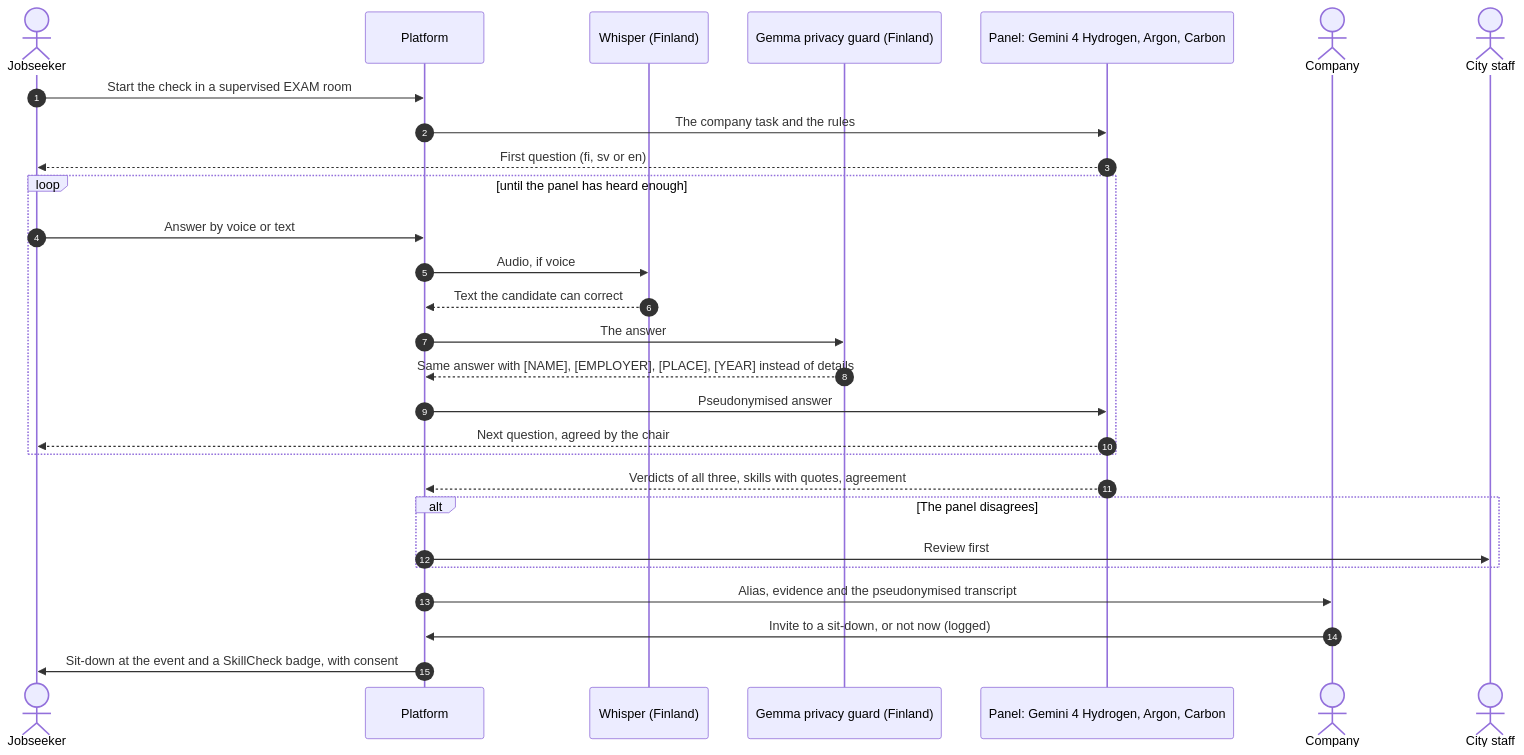
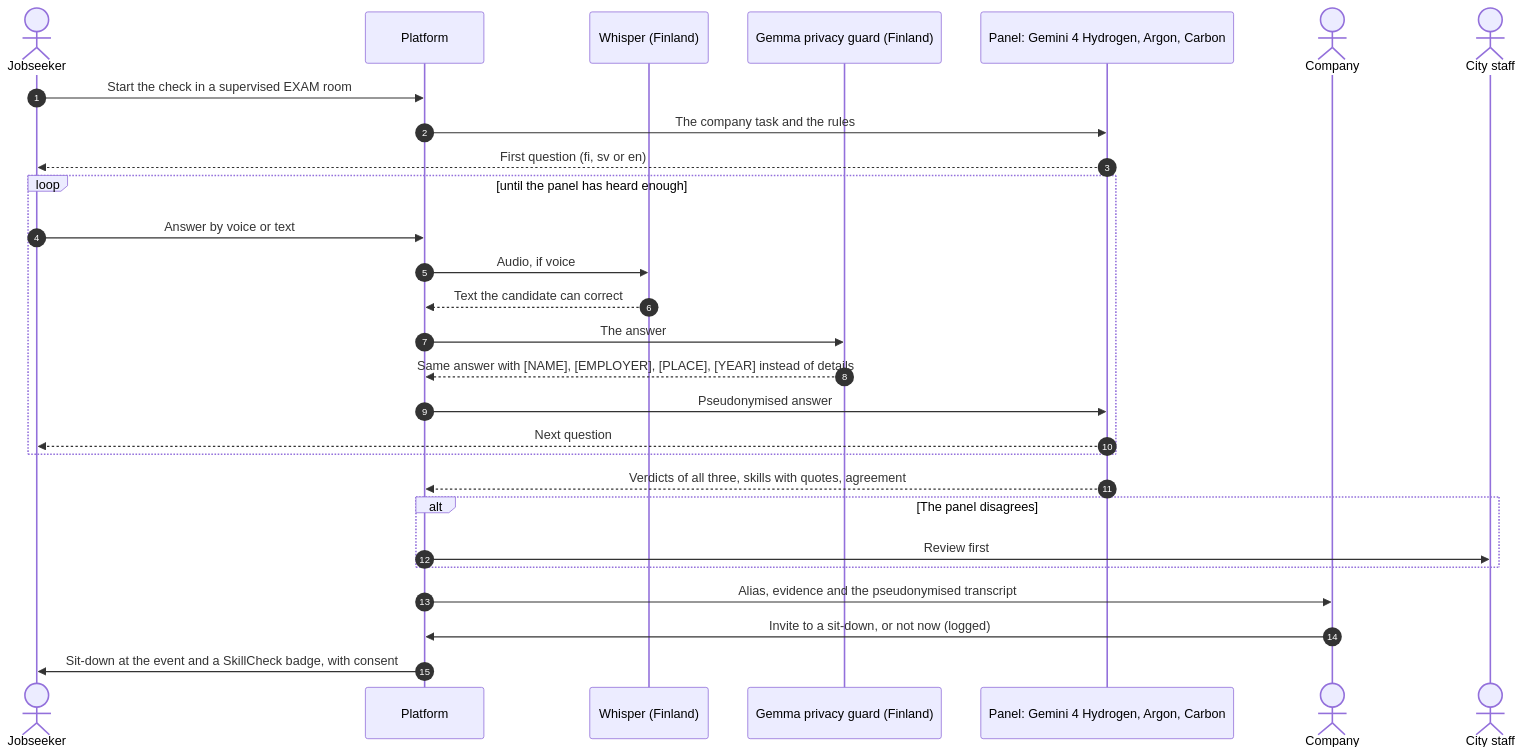
Before and after one commit to Sairanyx/skill-check: the second of 3 diagrams in docs/ARCHITECTURE.md, drawn with Mermaid. The commit also changed other lines of this file and 3 other files, not shown here.

````diff
--- a/docs/ARCHITECTURE.md
+++ b/docs/ARCHITECTURE.md
@@ -44,31 +44,31 @@
 ```mermaid
 sequenceDiagram
   autonumber
   actor J as Jobseeker
   participant App as Platform
   participant W as Whisper (Finland)
   participant G as Gemma privacy guard (Finland)
   participant P as Panel: Gemini 4 Hydrogen, Argon, Carbon
   actor Co as Company
   actor E as City staff
 
   J->>App: Start the check in a supervised EXAM room
   App->>P: The company task and the rules
   P-->>J: First question (fi, sv or en)
   loop until the panel has heard enough
     J->>App: Answer by voice or text
     App->>W: Audio, if voice
     W-->>App: Text the candidate can correct
     App->>G: The answer
     G-->>App: Same answer with [NAME], [EMPLOYER], [PLACE], [YEAR] instead of details
     App->>P: Pseudonymised answer
-    P-->>J: Next question, agreed by the chair
+    P-->>J: Next question
   end
   P-->>App: Verdicts of all three, skills with quotes, agreement
   alt The panel disagrees
     App->>E: Review first
   end
   App->>Co: Alias, evidence and the pseudonymised transcript
   Co->>App: Invite to a sit-down, or not now (logged)
   App->>J: Sit-down at the event and a SkillCheck badge, with consent
 ```
````
